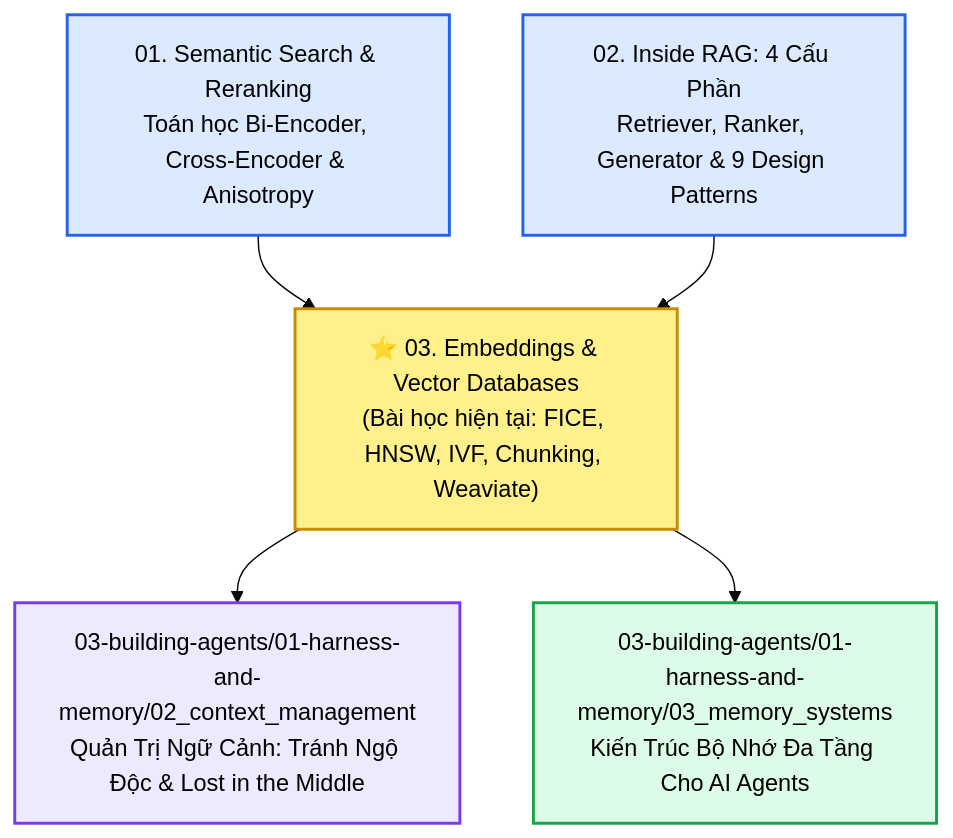
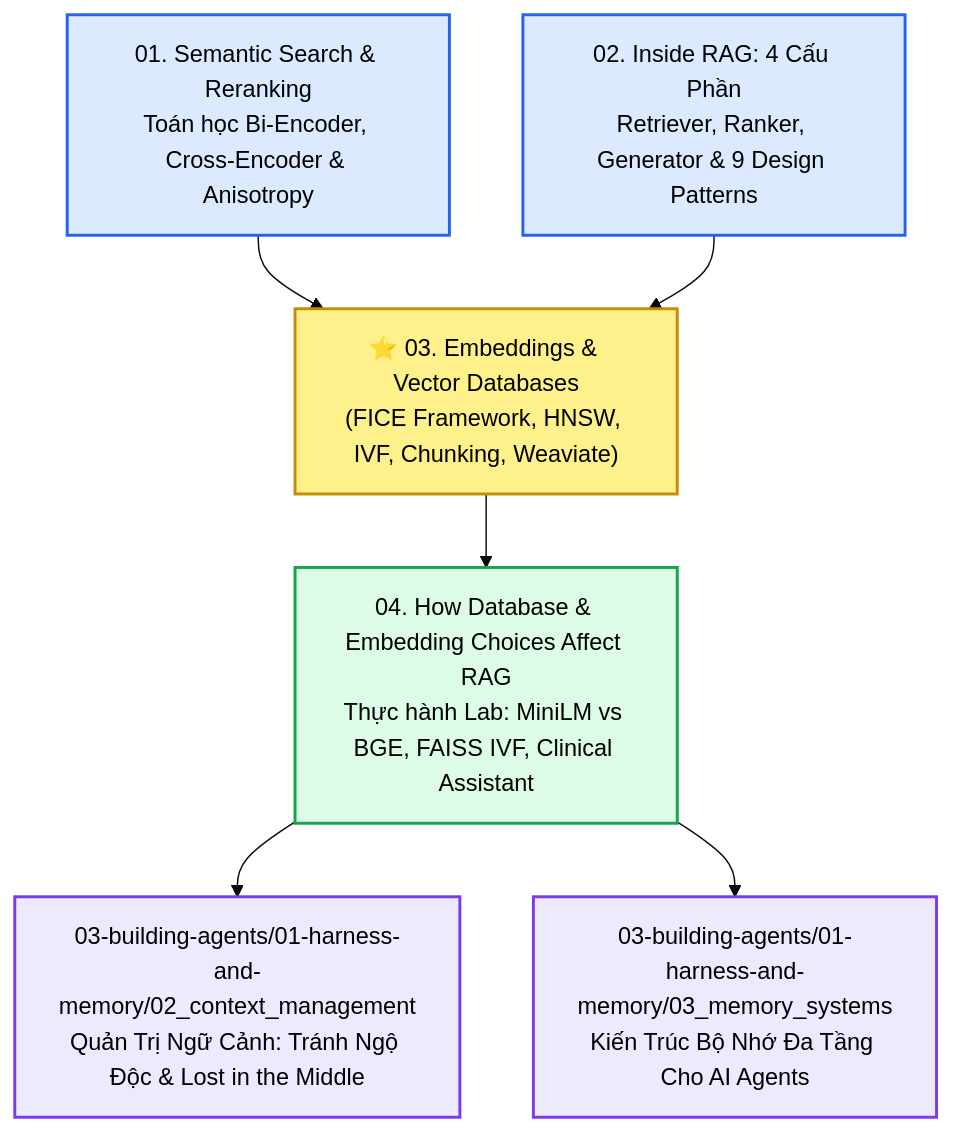
Diagram 13 of 13 in 01-research-and-foundations/03-semantic-search/03_embeddings_and_vector_databases.md (LeNguyenHaiDuong/agent_course), drawn with Mermaid (base theme) before and after one commit. The commit also changed other lines of this file and 2 other files, not shown here.

Commit message:
feat(rag): create standalone lab note 04_how_database_and_embedding_choices_affect_rag

````diff
--- a/01-research-and-foundations/03-semantic-search/03_embeddings_and_vector_databases.md
+++ b/01-research-and-foundations/03-semantic-search/03_embeddings_and_vector_databases.md
@@ -1173,20 +1173,23 @@
 ```mermaid
 flowchart TD
     PrevNode1["01. Semantic Search & Reranking<br>Toán học Bi-Encoder, Cross-Encoder & Anisotropy"]
     PrevNode2["02. Inside RAG: 4 Cấu Phần<br>Retriever, Ranker, Generator & 9 Design Patterns"]
-    CurrentNode["⭐ 03. Embeddings & Vector Databases<br>(Bài học hiện tại: FICE, HNSW, IVF, Chunking, Weaviate)"]
+    CurrentNode["⭐ 03. Embeddings & Vector Databases<br>(FICE Framework, HNSW, IVF, Chunking, Weaviate)"]
+    NextNode0["04. How Database & Embedding Choices Affect RAG<br>Thực hành Lab: MiniLM vs BGE, FAISS IVF, Clinical Assistant"]
 
     NextNode1["03-building-agents/01-harness-and-memory/02_context_management<br>Quản Trị Ngữ Cảnh: Tránh Ngộ Độc & Lost in the Middle"]
     NextNode2["03-building-agents/01-harness-and-memory/03_memory_systems<br>Kiến Trúc Bộ Nhớ Đa Tầng Cho AI Agents"]
 
     PrevNode1 --> CurrentNode
     PrevNode2 --> CurrentNode
-    CurrentNode --> NextNode1
-    CurrentNode --> NextNode2
+    CurrentNode --> NextNode0
+    NextNode0 --> NextNode1
+    NextNode0 --> NextNode2
 
     style CurrentNode fill:#fef08a,stroke:#ca8a04,stroke-width:2px,color:#000000
     style PrevNode1 fill:#dbeafe,stroke:#2563eb,stroke-width:2px,color:#000000
     style PrevNode2 fill:#dbeafe,stroke:#2563eb,stroke-width:2px,color:#000000
+    style NextNode0 fill:#dcfce7,stroke:#16a34a,stroke-width:2px,color:#000000
     style NextNode1 fill:#ede9fe,stroke:#7c3aed,stroke-width:2px,color:#000000
-    style NextNode2 fill:#dcfce7,stroke:#16a34a,stroke-width:2px,color:#000000
+    style NextNode2 fill:#ede9fe,stroke:#7c3aed,stroke-width:2px,color:#000000
 ```
````
